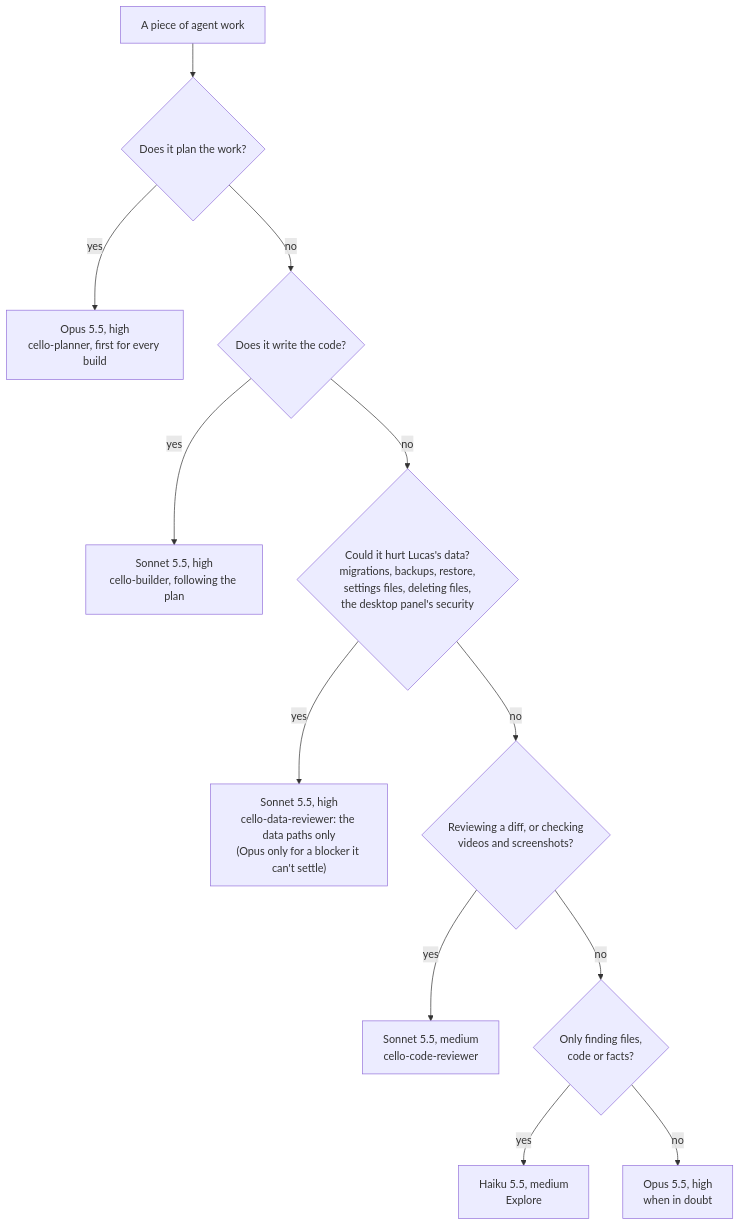
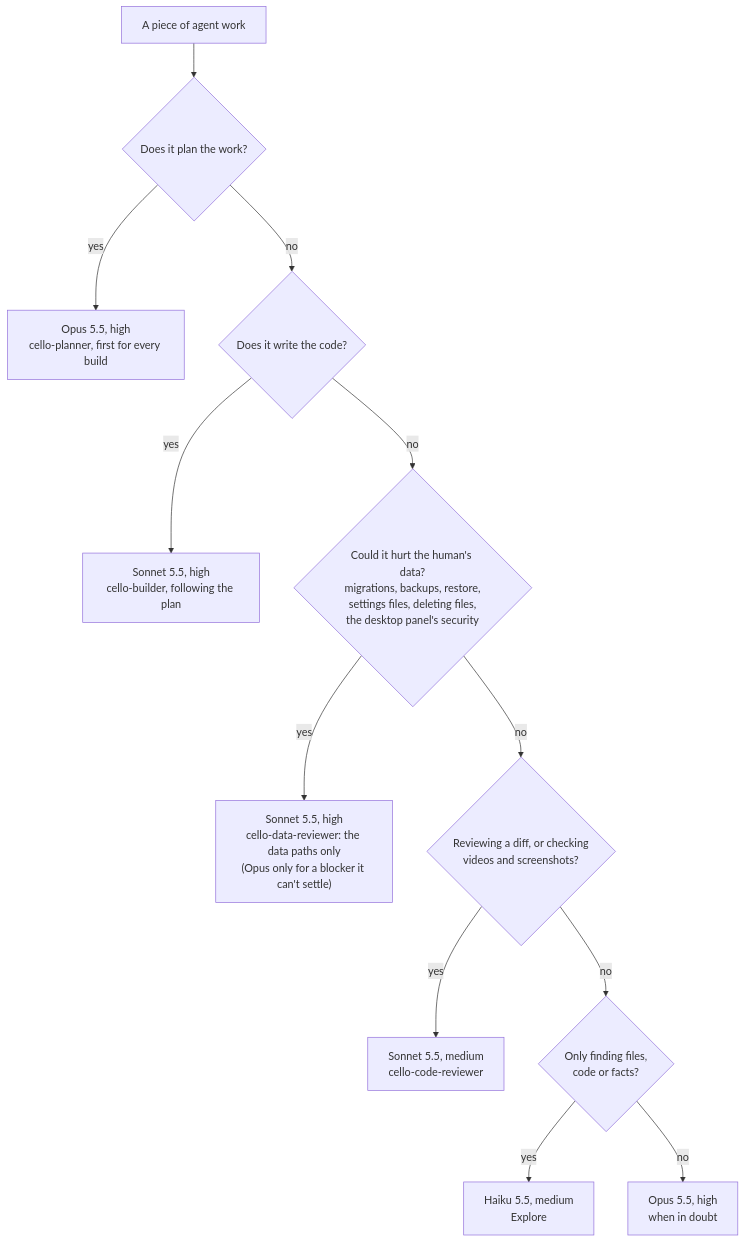
Before and after one commit to lnmunhoz/cello: the diagram in docs/models.md, drawn with Mermaid. The commit also changed other lines of this file and 17 other files, not shown here.

First line of the commit message:
docs: agents say "the human", not Lucas; the unknown user is "Human" (CEL-182)

````diff
--- a/docs/models.md
+++ b/docs/models.md
@@ -34,14 +34,14 @@
 ```mermaid
 flowchart TD
     A["A piece of agent work"] --> P{"Does it plan the work?"}
     P -->|yes| O1["Opus 5.5, high<br/>cello-planner, first for every build"]
     P -->|no| B{"Does it write the code?"}
     B -->|yes| SB["Sonnet 5.5, high<br/>cello-builder, following the plan"]
-    B -->|no| C{"Could it hurt Lucas's data?<br/>migrations, backups, restore,<br/>settings files, deleting files,<br/>the desktop panel's security"}
+    B -->|no| C{"Could it hurt the human's data?<br/>migrations, backups, restore,<br/>settings files, deleting files,<br/>the desktop panel's security"}
     C -->|yes| O2["Sonnet 5.5, high<br/>cello-data-reviewer: the data paths only<br/>(Opus only for a blocker it can't settle)"]
     C -->|no| D{"Reviewing a diff, or checking<br/>videos and screenshots?"}
     D -->|yes| S["Sonnet 5.5, medium<br/>cello-code-reviewer"]
     D -->|no| E{"Only finding files,<br/>code or facts?"}
     E -->|yes| H["Haiku 5.5, medium<br/>Explore"]
     E -->|no| O3["Opus 5.5, high<br/>when in doubt"]
 ```
````
